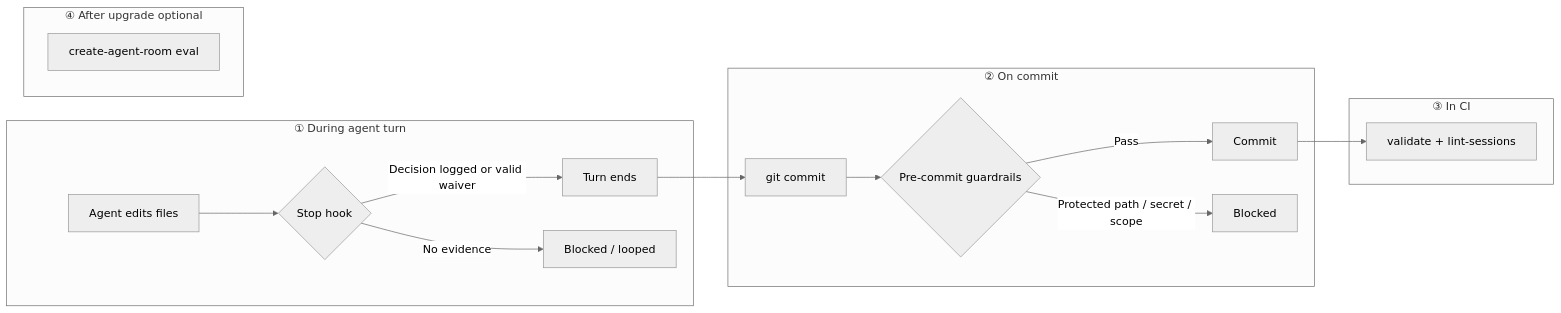
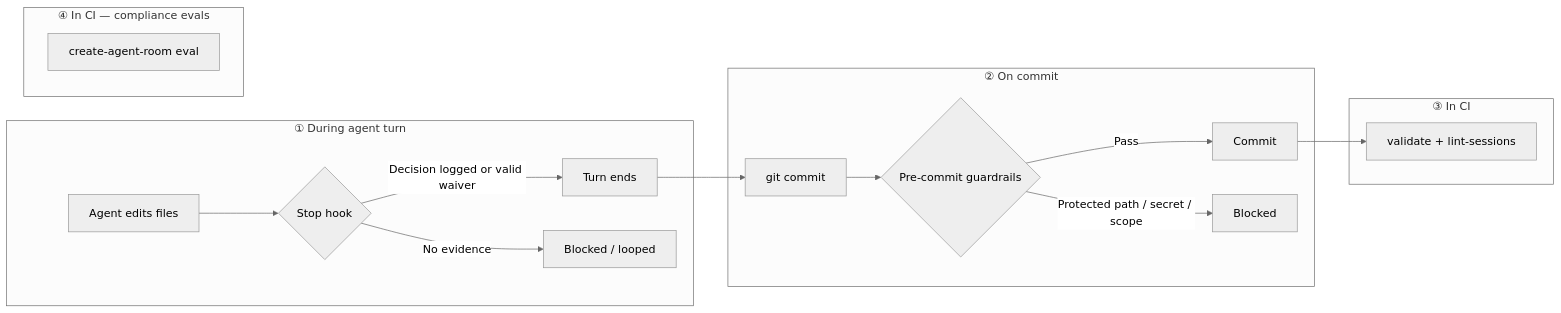
Before and after one commit to sipandey/create-agent-room: the diagram in README.md, drawn with Mermaid (neutral theme). The commit also changed other lines of this file and 8 other files, not shown here.

````diff
--- a/README.md
+++ b/README.md
@@ -19,21 +19,21 @@
 ```mermaid
 flowchart LR
   subgraph L1["① During agent turn"]
     A[Agent edits files] --> B{Stop hook}
     B -->|Decision logged or valid waiver| C[Turn ends]
     B -->|No evidence| D[Blocked / looped]
   end
   subgraph L2["② On commit"]
     E[git commit] --> F{Pre-commit guardrails}
     F -->|Pass| G[Commit]
     F -->|Protected path / secret / scope| H[Blocked]
   end
   subgraph L3["③ In CI"]
     I[validate + lint-sessions]
   end
-  subgraph L4["④ After upgrade optional"]
+  subgraph L4["④ In CI — compliance evals"]
     J[create-agent-room eval]
   end
   C --> E
   G --> I
 ```
````
